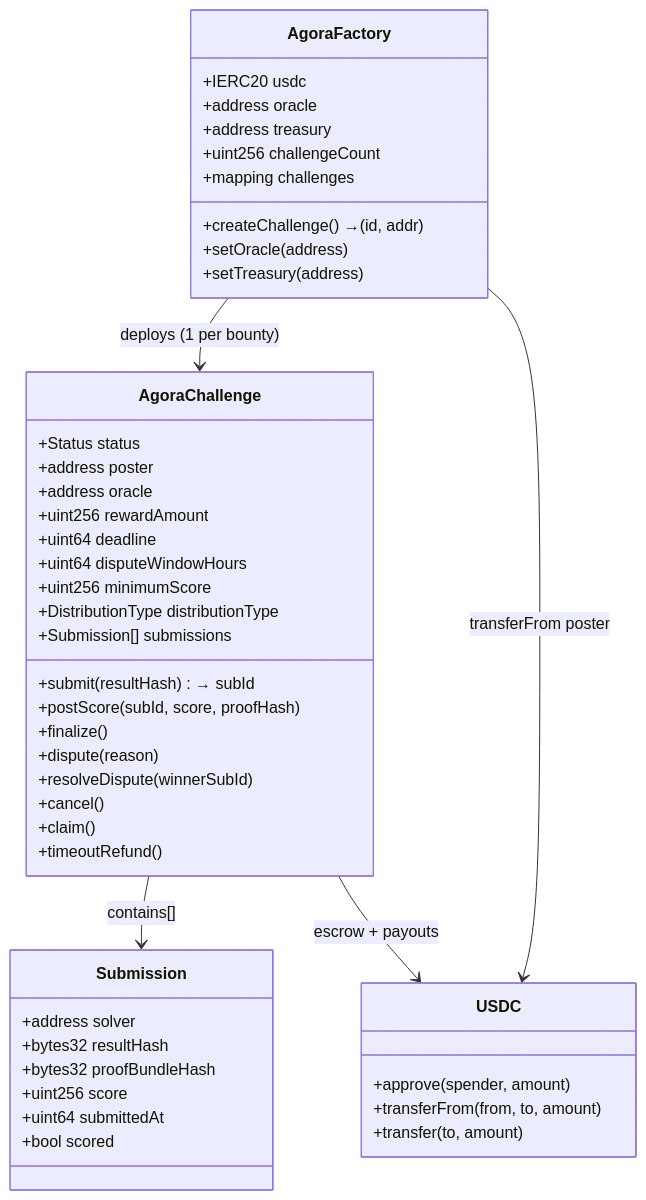
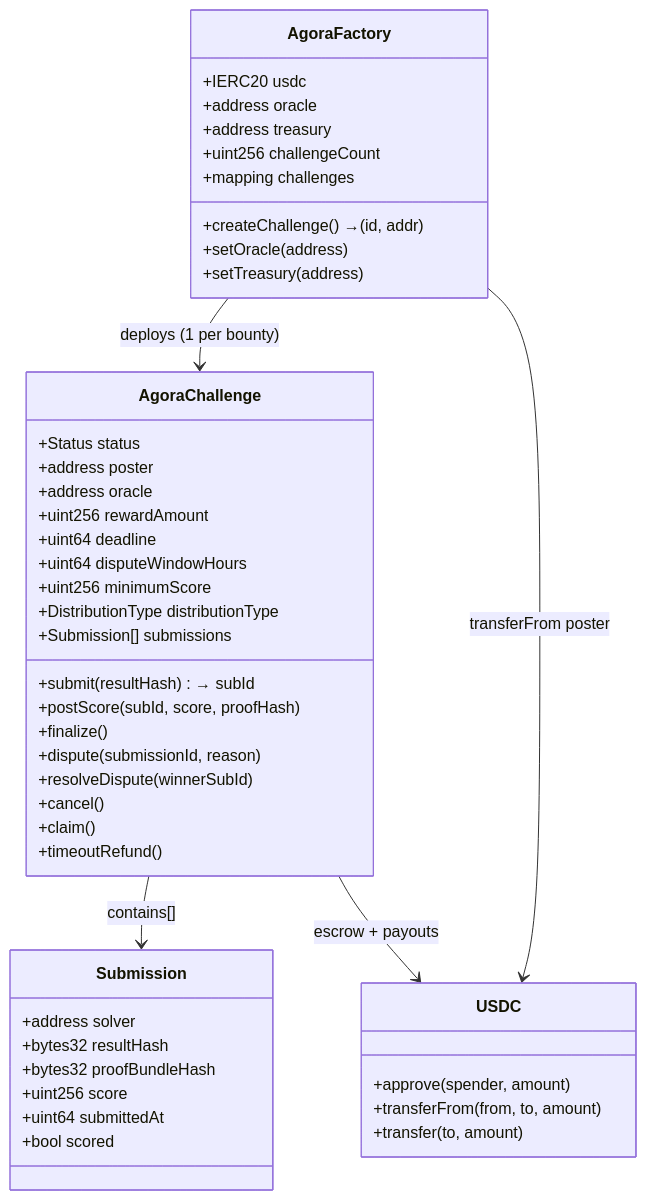
Before and after one commit to andymolecule/Hermes: the third of 13 diagrams in docs/architecture.md, drawn with Mermaid. The commit also changed other lines of this file and 66 other files, not shown here.

First line of the commit message:
Make authoring agent-only and harden publish flow

````diff
--- a/docs/architecture.md
+++ b/docs/architecture.md
@@ -166,53 +166,53 @@
 ```mermaid
 classDiagram
     class AgoraFactory {
         +IERC20 usdc
         +address oracle
         +address treasury
         +uint256 challengeCount
         +mapping challenges
         +createChallenge() → (id, addr)
         +setOracle(address)
         +setTreasury(address)
     }
 
     class AgoraChallenge {
         +Status status
         +address poster
         +address oracle
         +uint256 rewardAmount
         +uint64 deadline
         +uint64 disputeWindowHours
         +uint256 minimumScore
         +DistributionType distributionType
         +Submission[] submissions
         +submit(resultHash) → subId
         +postScore(subId, score, proofHash)
         +finalize()
-        +dispute(reason)
+        +dispute(submissionId, reason)
         +resolveDispute(winnerSubId)
         +cancel()
         +claim()
         +timeoutRefund()
     }
 
     class Submission {
         +address solver
         +bytes32 resultHash
         +bytes32 proofBundleHash
         +uint256 score
         +uint64 submittedAt
         +bool scored
     }
 
     class USDC {
         +approve(spender, amount)
         +transferFrom(from, to, amount)
         +transfer(to, amount)
     }
 
     AgoraFactory --> AgoraChallenge : deploys (1 per bounty)
     AgoraFactory --> USDC : transferFrom poster
     AgoraChallenge --> Submission : contains[]
     AgoraChallenge --> USDC : escrow + payouts
 ```
````
